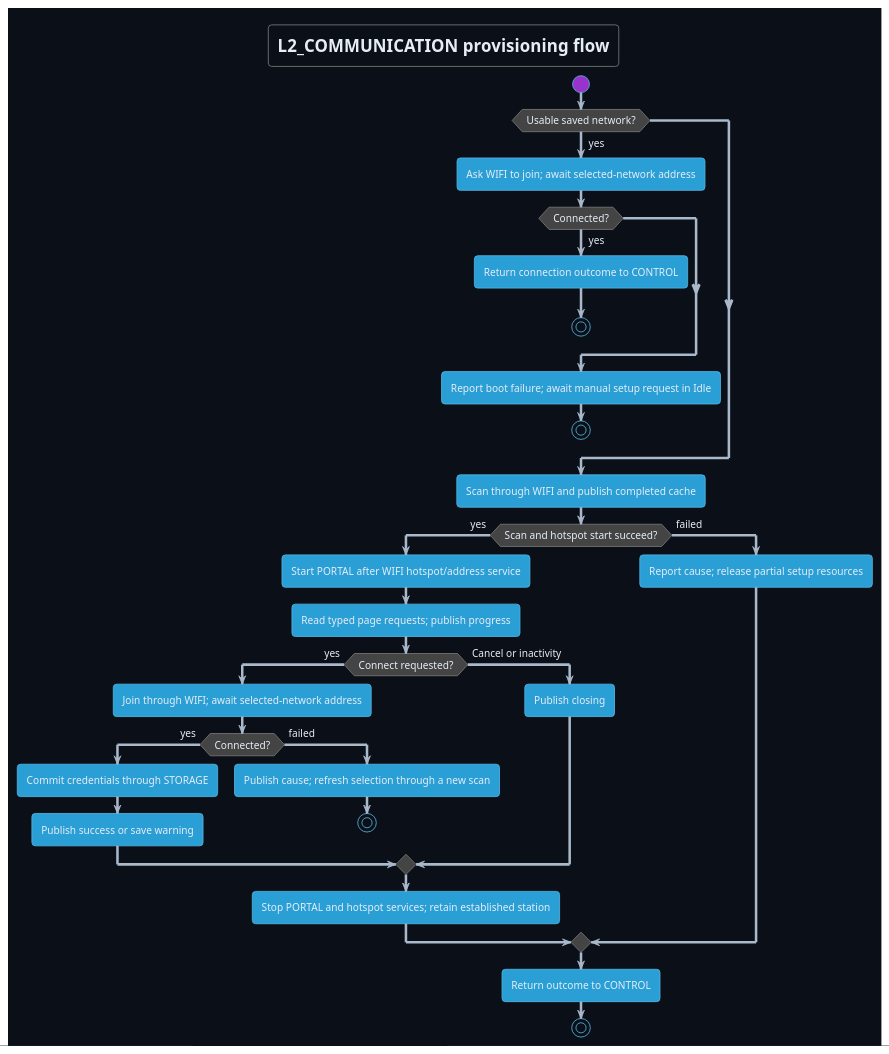
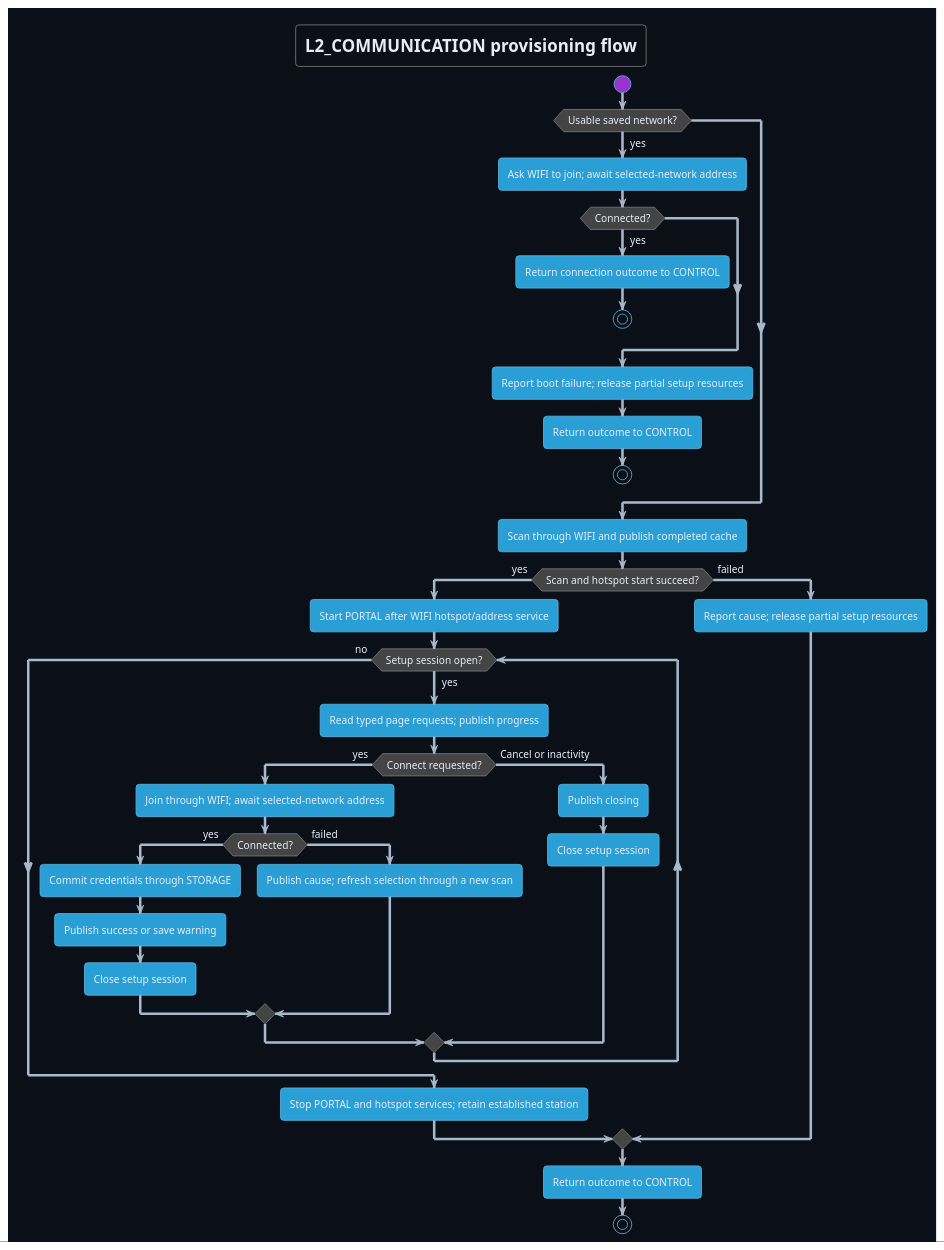
One commit to DemonicPsychoII/DigitalStethoscope changed the diagram in Development/system/architecture/COMMUNICATION/setup-flow.puml. Above: the diagram before and after it, drawn with PlantUML. The commit also changed 5 other files, not shown here.

First line of the commit message:
docs: loop failed portal connects and hold lease through recovery provisioning

```diff
--- a/Development/system/architecture/COMMUNICATION/setup-flow.puml
+++ b/Development/system/architecture/COMMUNICATION/setup-flow.puml
@@ -1,41 +1,45 @@
 @startuml setup_flow
 !theme cyborg
 skinparam shadowing false
 skinparam defaultFontName SansSerif
 skinparam backgroundColor #0b1018
 skinparam defaultFontColor #e6edf7
 skinparam ArrowColor #a9b8ca
 title L2_COMMUNICATION provisioning flow
 start
 if (Usable saved network?) then (yes)
  :Ask WIFI to join; await selected-network address;
  if (Connected?) then (yes)
   :Return connection outcome to CONTROL;
   stop
  endif
- :Report boot failure; await manual setup request in Idle;
+ :Report boot failure; release partial setup resources;
+ :Return outcome to CONTROL;
  stop
 endif
 :Scan through WIFI and publish completed cache;
 if (Scan and hotspot start succeed?) then (yes)
  :Start PORTAL after WIFI hotspot/address service;
- :Read typed page requests; publish progress;
- if (Connect requested?) then (yes)
-  :Join through WIFI; await selected-network address;
-  if (Connected?) then (yes)
-   :Commit credentials through STORAGE;
-   :Publish success or save warning;
-  else (failed)
-   :Publish cause; refresh selection through a new scan;
-   stop
+ while (Setup session open?) is (yes)
+  :Read typed page requests; publish progress;
+  if (Connect requested?) then (yes)
+   :Join through WIFI; await selected-network address;
+   if (Connected?) then (yes)
+    :Commit credentials through STORAGE;
+    :Publish success or save warning;
+    :Close setup session;
+   else (failed)
+    :Publish cause; refresh selection through a new scan;
+   endif
+  else (Cancel or inactivity)
+   :Publish closing;
+   :Close setup session;
   endif
- else (Cancel or inactivity)
-  :Publish closing;
- endif
+ endwhile (no)
  :Stop PORTAL and hotspot services; retain established station;
 else (failed)
  :Report cause; release partial setup resources;
 endif
 :Return outcome to CONTROL;
 stop
 @enduml
```
